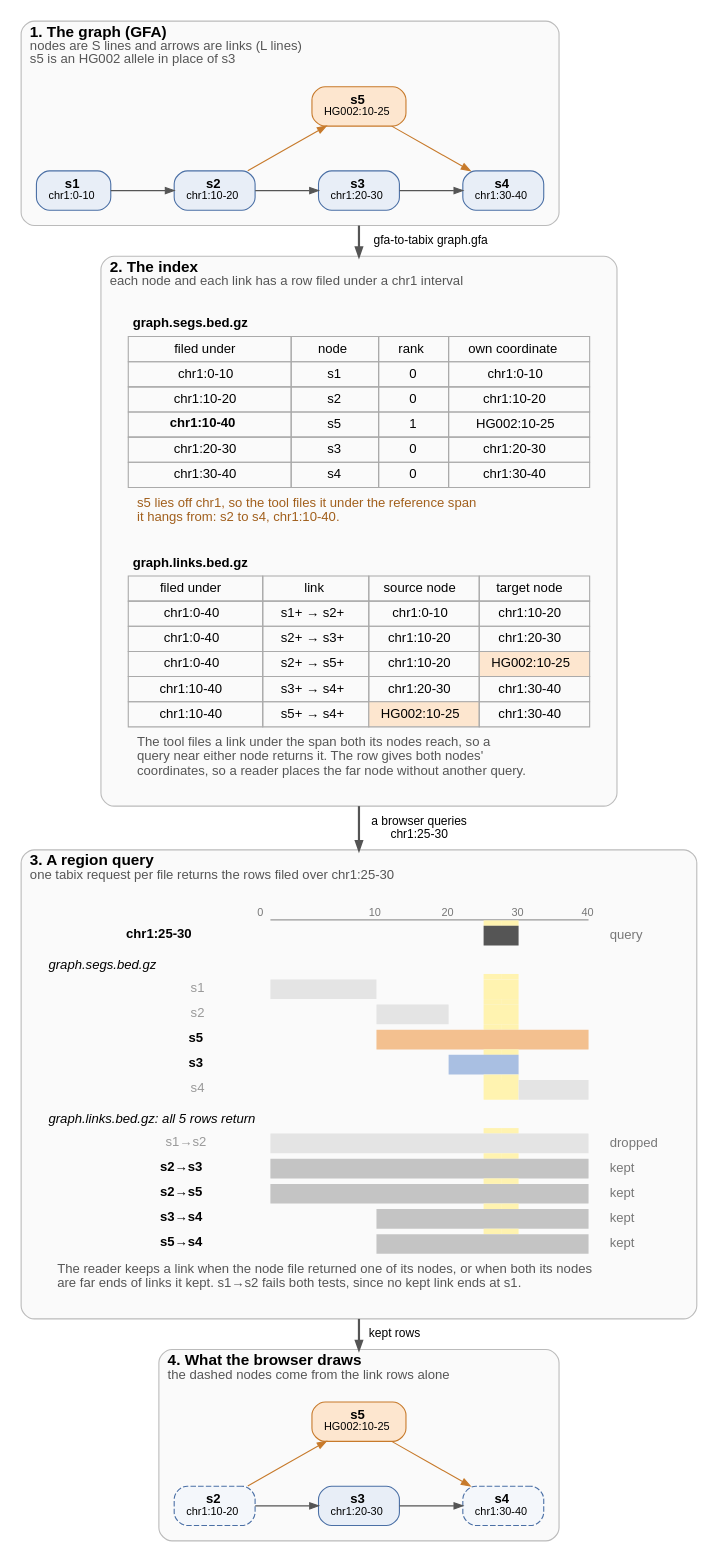
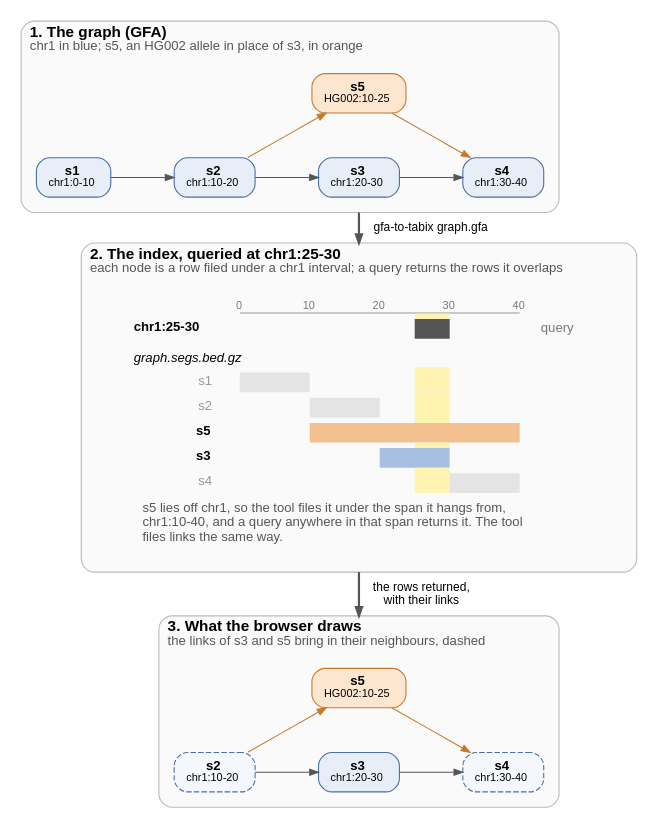
Before and after one commit to GMOD/gfa-to-tabix: the diagram in docs/figures/overview.dot, drawn with Graphviz. The commit also changed 10 other files, not shown here.

```diff
--- a/docs/figures/overview.dot
+++ b/docs/figures/overview.dot
@@ -13,7 +13,7 @@
     graph [labeljust=l, fontsize=14, color="#bbbbbb", style="rounded,filled", fillcolor="#fafafa", margin=14]
 
     subgraph cluster_graph {
-      label=<<B>1. The graph (GFA)</B><BR ALIGN="LEFT"/><FONT POINT-SIZE="12" COLOR="#555555">nodes are S lines and arrows are links (L lines)</FONT><BR ALIGN="LEFT"/><FONT POINT-SIZE="12" COLOR="#555555">s5 is an HG002 allele in place of s3</FONT><BR ALIGN="LEFT"/>>
+      label=<<B>1. The graph (GFA)</B><BR ALIGN="LEFT"/><FONT POINT-SIZE="12" COLOR="#555555">chr1 in blue; s5, an HG002 allele in place of s3, in orange</FONT><BR ALIGN="LEFT"/>>
       // begin graph
       s1 [label=<<B>s1</B><BR/><FONT POINT-SIZE="10">chr1:0-10</FONT>>]
       s2 [label=<<B>s2</B><BR/><FONT POINT-SIZE="10">chr1:10-20</FONT>>]
@@ -30,40 +30,8 @@
       // end graph
     }
 
-    subgraph cluster_files {
-      label=<<B>2. The index</B><BR ALIGN="LEFT"/><FONT POINT-SIZE="12" COLOR="#555555">each node and each link has a row filed under a chr1 interval</FONT><BR ALIGN="LEFT"/>>
-      rows [shape=plaintext, style="", label=<
-        <TABLE BORDER="0" CELLBORDER="0" CELLSPACING="0" CELLPADDING="0"><TR><TD><TABLE BORDER="0" CELLBORDER="1" CELLSPACING="0" CELLPADDING="4" COLOR="#aaaaaa">
-          <TR><TD COLSPAN="4" BORDER="0" ALIGN="LEFT"><B>graph.segs.bed.gz</B></TD></TR>
-          <TR BGCOLOR="#dddddd"><TD>filed under</TD><TD>node</TD><TD>rank</TD><TD>own coordinate</TD></TR>
-          <!-- begin segs -->
-          <TR BGCOLOR="#e8eef7"><TD>chr1:0-10</TD><TD>s1</TD><TD>0</TD><TD>chr1:0-10</TD></TR>
-          <TR BGCOLOR="#e8eef7"><TD>chr1:10-20</TD><TD>s2</TD><TD>0</TD><TD>chr1:10-20</TD></TR>
-          <TR BGCOLOR="#fde6cf"><TD><B>chr1:10-40</B></TD><TD>s5</TD><TD>1</TD><TD>HG002:10-25</TD></TR>
-          <TR BGCOLOR="#e8eef7"><TD>chr1:20-30</TD><TD>s3</TD><TD>0</TD><TD>chr1:20-30</TD></TR>
-          <TR BGCOLOR="#e8eef7"><TD>chr1:30-40</TD><TD>s4</TD><TD>0</TD><TD>chr1:30-40</TD></TR>
-          <!-- end segs -->
-          <!-- begin segs-caption -->
-          <TR><TD BORDER="0" CELLPADDING="8" COLSPAN="4" ALIGN="LEFT" BALIGN="LEFT"><FONT POINT-SIZE="12" COLOR="#a15f1c">s5 lies off chr1, so the tool files it under the reference span<BR/>it hangs from: s2 to s4, chr1:10-40.</FONT></TD></TR>
-          <!-- end segs-caption -->
-        </TABLE></TD></TR>
-        <TR><TD HEIGHT="18"></TD></TR>
-        <TR><TD><TABLE BORDER="0" CELLBORDER="1" CELLSPACING="0" CELLPADDING="4" COLOR="#aaaaaa">
-          <TR><TD COLSPAN="4" BORDER="0" ALIGN="LEFT"><B>graph.links.bed.gz</B></TD></TR>
-          <TR BGCOLOR="#dddddd"><TD>filed under</TD><TD>link</TD><TD>source node</TD><TD>target node</TD></TR>
-          <!-- begin links -->
-          <TR BGCOLOR="#f2f2f2"><TD>chr1:0-40</TD><TD>s1+ → s2+</TD><TD>chr1:0-10</TD><TD>chr1:10-20</TD></TR>
-          <TR BGCOLOR="#f2f2f2"><TD>chr1:0-40</TD><TD>s2+ → s3+</TD><TD>chr1:10-20</TD><TD>chr1:20-30</TD></TR>
-          <TR BGCOLOR="#f2f2f2"><TD>chr1:0-40</TD><TD>s2+ → s5+</TD><TD>chr1:10-20</TD><TD BGCOLOR="#fde6cf">HG002:10-25</TD></TR>
-          <TR BGCOLOR="#f2f2f2"><TD>chr1:10-40</TD><TD>s3+ → s4+</TD><TD>chr1:20-30</TD><TD>chr1:30-40</TD></TR>
-          <TR BGCOLOR="#f2f2f2"><TD>chr1:10-40</TD><TD>s5+ → s4+</TD><TD BGCOLOR="#fde6cf">HG002:10-25</TD><TD>chr1:30-40</TD></TR>
-          <!-- end links -->
-          <TR><TD COLSPAN="4" BORDER="0" CELLPADDING="8" ALIGN="LEFT" BALIGN="LEFT"><FONT POINT-SIZE="12" COLOR="#555555">The tool files a link under the span both its nodes reach, so a<BR/>query near either node returns it. The row gives both nodes'<BR/>coordinates, so a reader places the far node without another query.</FONT></TD></TR>
-        </TABLE></TD></TR></TABLE>>]
-    }
-
     subgraph cluster_query {
-      label=<<B>3. A region query</B><BR ALIGN="LEFT"/><FONT POINT-SIZE="12" COLOR="#555555">one tabix request per file returns the rows filed over chr1:25-30</FONT><BR ALIGN="LEFT"/>>
+      label=<<B>2. The index, queried at chr1:25-30</B><BR ALIGN="LEFT"/><FONT POINT-SIZE="12" COLOR="#555555">each node is a row filed under a chr1 interval; a query returns the rows it overlaps</FONT><BR ALIGN="LEFT"/>>
       hits [shape=plaintext, style="", label=<
         <TABLE BORDER="0" CELLBORDER="0" CELLSPACING="0" CELLPADDING="0">
           <!-- begin lanes -->
@@ -83,26 +51,15 @@
           <TR><TD ALIGN="RIGHT" HEIGHT="18"><B>s3</B>  </TD><TD></TD><TD COLSPAN="8"></TD><TD COLSPAN="4" BGCOLOR="#a9bfe2"></TD><TD COLSPAN="4"></TD><TD></TD><TD ALIGN="LEFT"></TD></TR>
           <TR><TD HEIGHT="5"></TD><TD></TD><TD></TD><TD></TD><TD></TD><TD></TD><TD></TD><TD></TD><TD></TD><TD></TD><TD></TD><TD></TD><TD BGCOLOR="#fff3b0"></TD><TD BGCOLOR="#fff3b0"></TD><TD></TD><TD></TD><TD></TD><TD></TD><TD></TD><TD></TD></TR>
           <TR><TD ALIGN="RIGHT" HEIGHT="18"><FONT COLOR="#999999">s4</FONT>  </TD><TD></TD><TD COLSPAN="10"></TD><TD COLSPAN="2" BGCOLOR="#fff3b0"></TD><TD COLSPAN="4" BGCOLOR="#e4e4e4"></TD><TD></TD><TD ALIGN="LEFT"></TD></TR>
-          <TR><TD COLSPAN="20" ALIGN="LEFT" HEIGHT="26" VALIGN="BOTTOM"><I>graph.links.bed.gz: all 5 rows return</I></TD></TR>
-          <TR><TD HEIGHT="5"></TD><TD></TD><TD></TD><TD></TD><TD></TD><TD></TD><TD></TD><TD></TD><TD></TD><TD></TD><TD></TD><TD></TD><TD BGCOLOR="#fff3b0"></TD><TD BGCOLOR="#fff3b0"></TD><TD></TD><TD></TD><TD></TD><TD></TD><TD></TD><TD></TD></TR>
-          <TR><TD ALIGN="RIGHT" HEIGHT="18"><FONT COLOR="#999999">s1→s2</FONT>  </TD><TD></TD><TD COLSPAN="16" BGCOLOR="#e4e4e4"></TD><TD></TD><TD ALIGN="LEFT"><FONT POINT-SIZE="12" COLOR="#777777">  dropped</FONT></TD></TR>
-          <TR><TD HEIGHT="5"></TD><TD></TD><TD></TD><TD></TD><TD></TD><TD></TD><TD></TD><TD></TD><TD></TD><TD></TD><TD></TD><TD></TD><TD BGCOLOR="#fff3b0"></TD><TD BGCOLOR="#fff3b0"></TD><TD></TD><TD></TD><TD></TD><TD></TD><TD></TD><TD></TD></TR>
-          <TR><TD ALIGN="RIGHT" HEIGHT="18"><B>s2→s3</B>  </TD><TD></TD><TD COLSPAN="16" BGCOLOR="#c4c4c4"></TD><TD></TD><TD ALIGN="LEFT"><FONT POINT-SIZE="12" COLOR="#777777">  kept</FONT></TD></TR>
-          <TR><TD HEIGHT="5"></TD><TD></TD><TD></TD><TD></TD><TD></TD><TD></TD><TD></TD><TD></TD><TD></TD><TD></TD><TD></TD><TD></TD><TD BGCOLOR="#fff3b0"></TD><TD BGCOLOR="#fff3b0"></TD><TD></TD><TD></TD><TD></TD><TD></TD><TD></TD><TD></TD></TR>
-          <TR><TD ALIGN="RIGHT" HEIGHT="18"><B>s2→s5</B>  </TD><TD></TD><TD COLSPAN="16" BGCOLOR="#c4c4c4"></TD><TD></TD><TD ALIGN="LEFT"><FONT POINT-SIZE="12" COLOR="#777777">  kept</FONT></TD></TR>
-          <TR><TD HEIGHT="5"></TD><TD></TD><TD></TD><TD></TD><TD></TD><TD></TD><TD></TD><TD></TD><TD></TD><TD></TD><TD></TD><TD></TD><TD BGCOLOR="#fff3b0"></TD><TD BGCOLOR="#fff3b0"></TD><TD></TD><TD></TD><TD></TD><TD></TD><TD></TD><TD></TD></TR>
-          <TR><TD ALIGN="RIGHT" HEIGHT="18"><B>s3→s4</B>  </TD><TD></TD><TD COLSPAN="4"></TD><TD COLSPAN="12" BGCOLOR="#c4c4c4"></TD><TD></TD><TD ALIGN="LEFT"><FONT POINT-SIZE="12" COLOR="#777777">  kept</FONT></TD></TR>
-          <TR><TD HEIGHT="5"></TD><TD></TD><TD></TD><TD></TD><TD></TD><TD></TD><TD></TD><TD></TD><TD></TD><TD></TD><TD></TD><TD></TD><TD BGCOLOR="#fff3b0"></TD><TD BGCOLOR="#fff3b0"></TD><TD></TD><TD></TD><TD></TD><TD></TD><TD></TD><TD></TD></TR>
-          <TR><TD ALIGN="RIGHT" HEIGHT="18"><B>s5→s4</B>  </TD><TD></TD><TD COLSPAN="4"></TD><TD COLSPAN="12" BGCOLOR="#c4c4c4"></TD><TD></TD><TD ALIGN="LEFT"><FONT POINT-SIZE="12" COLOR="#777777">  kept</FONT></TD></TR>
           <!-- end lanes -->
-          <!-- begin keep-caption -->
-          <TR><TD BORDER="0" CELLPADDING="8" COLSPAN="20" ALIGN="LEFT" BALIGN="LEFT"><FONT POINT-SIZE="12" COLOR="#555555">The reader keeps a link when the node file returned one of its nodes, or when both its nodes<BR/>are far ends of links it kept. s1→s2 fails both tests, since no kept link ends at s1.</FONT></TD></TR>
-          <!-- end keep-caption -->
+          <!-- begin caption -->
+          <TR><TD BORDER="0" CELLPADDING="8" COLSPAN="20" ALIGN="LEFT" BALIGN="LEFT"><FONT POINT-SIZE="12" COLOR="#555555">s5 lies off chr1, so the tool files it under the span it hangs from,<BR/>chr1:10-40, and a query anywhere in that span returns it. The tool<BR/>files links the same way.</FONT></TD></TR>
+          <!-- end caption -->
         </TABLE>>]
     }
 
     subgraph cluster_drawn {
-      label=<<B>4. What the browser draws</B><BR ALIGN="LEFT"/><FONT POINT-SIZE="12" COLOR="#555555">the dashed nodes come from the link rows alone</FONT><BR ALIGN="LEFT"/>>
+      label=<<B>3. What the browser draws</B><BR ALIGN="LEFT"/><FONT POINT-SIZE="12" COLOR="#555555">the links of s3 and s5 bring in their neighbours, dashed</FONT><BR ALIGN="LEFT"/>>
       // begin drawn
       d_s2 [label=<<B>s2</B><BR/><FONT POINT-SIZE="10">chr1:10-20</FONT>>, style="dashed,rounded,filled", fillcolor="#f4f7fb"]
       d_s3 [label=<<B>s3</B><BR/><FONT POINT-SIZE="10">chr1:20-30</FONT>>]
@@ -119,8 +76,7 @@
   }
 
   // begin arrows
-  s3 -> rows [ltail=cluster_graph, lhead=cluster_files, label="  gfa-to-tabix graph.gfa", penwidth=2]
-  rows -> hits [ltail=cluster_files, lhead=cluster_query, label="  a browser queries\n  chr1:25-30", penwidth=2]
-  hits -> d_s5 [ltail=cluster_query, lhead=cluster_drawn, label="  kept rows", penwidth=2]
+  s3 -> hits [ltail=cluster_graph, lhead=cluster_query, label="  gfa-to-tabix graph.gfa", penwidth=2]
+  hits -> d_s5 [ltail=cluster_query, lhead=cluster_drawn, label="  the rows returned,\n  with their links", penwidth=2]
   // end arrows
 }
```
